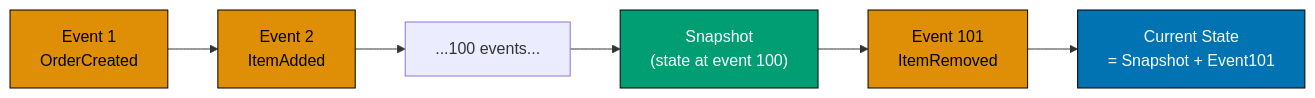
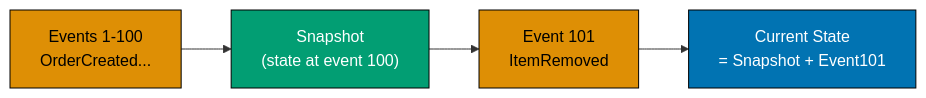
The second of 12 diagrams in apps/ayokoding-web/content/en/learn/software-engineering/architecture/domain-driven-design-ddd/by-example/advanced.md (wahidyankf/open-sharia-enterprise), drawn with Mermaid before and after one commit. The commit also changed other lines of this file and 16 other files, not shown here.

First line of the commit message:
fix(content): fix 46 pre-existing Mermaid violations in tutorial files

````diff
--- a/apps/ayokoding-web/content/en/learn/software-engineering/architecture/domain-driven-design-ddd/by-example/advanced.md
+++ b/apps/ayokoding-web/content/en/learn/software-engineering/architecture/domain-driven-design-ddd/by-example/advanced.md
@@ -337,19 +337,15 @@
 ```mermaid
 %% Color Palette: Blue #0173B2, Orange #DE8F05, Teal #029E73, Purple #CC78BC, Brown #CA9161
 graph LR
-    A["Event 1\nOrderCreated"]
-    B["Event 2\nItemAdded"]
-    C["...100 events..."]
-    D["Snapshot\n(state at event 100)"]
-    E["Event 101\nItemRemoved"]
-    F["Current State\n= Snapshot + Event101"]
+    A["Events 1-100\nOrderCreated..."]
+    B["Snapshot\n(state at event 100)"]
+    C["Event 101\nItemRemoved"]
+    D["Current State\n= Snapshot + Event101"]
 
     A --> B --> C --> D
-    D --> E --> F
 
-    style D fill:#029E73,stroke:#000,color:#fff
-    style F fill:#0173B2,stroke:#000,color:#fff
     style A fill:#DE8F05,stroke:#000,color:#000
-    style B fill:#DE8F05,stroke:#000,color:#000
-    style E fill:#DE8F05,stroke:#000,color:#000
+    style B fill:#029E73,stroke:#000,color:#fff
+    style C fill:#DE8F05,stroke:#000,color:#000
+    style D fill:#0173B2,stroke:#000,color:#fff
 ```
````
